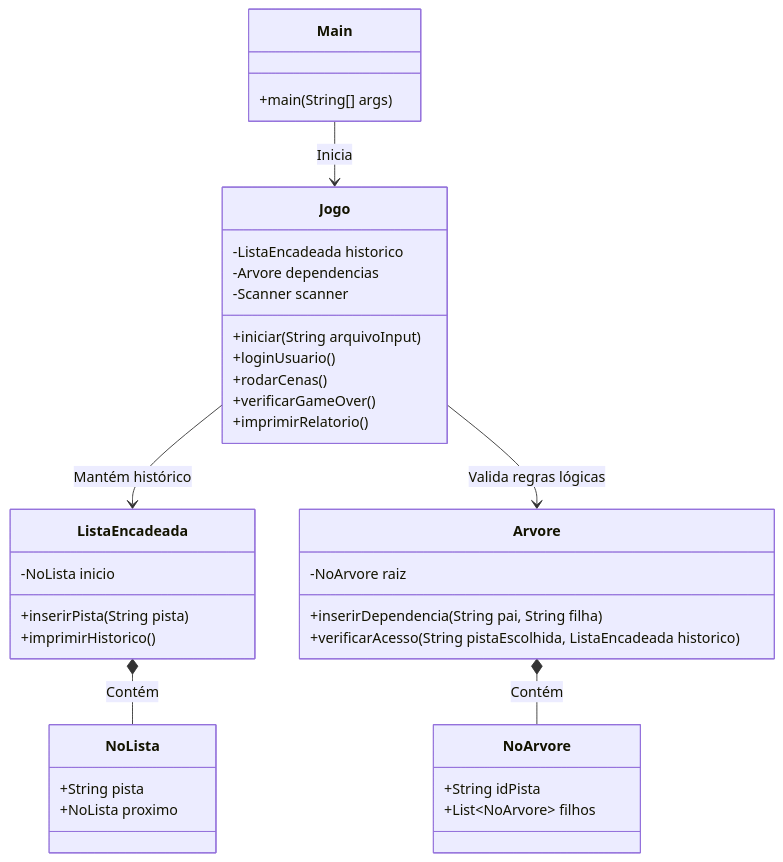
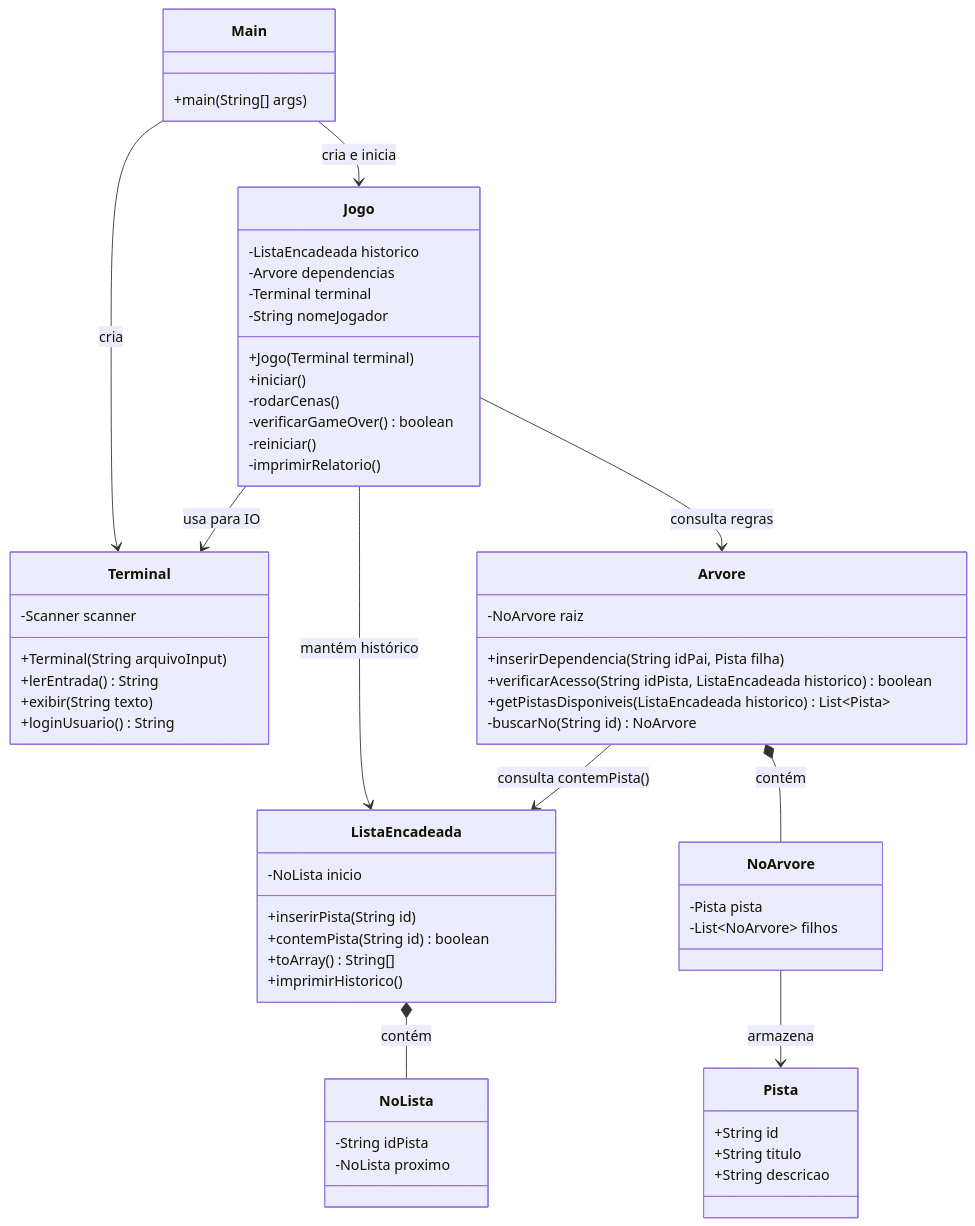
Before and after one commit to andretanuki/ProjetoEstruturaDados: the diagram in docs/Arquitetura_e_Tarefas.md, drawn with Mermaid. The commit also changed other lines of this file, not shown here.

Commit message:
docs: arquitetura final com correcoes, diagrama revisado e explicacoes para alunos

````diff
--- a/docs/Arquitetura_e_Tarefas.md
+++ b/docs/Arquitetura_e_Tarefas.md
@@ -11,45 +24,69 @@
 ```mermaid
 classDiagram
     class Main {
         +main(String[] args)
     }
 
+    class Terminal {
+        -Scanner scanner
+        +Terminal(String arquivoInput)
+        +lerEntrada() String
+        +exibir(String texto)
+        +loginUsuario() String
+    }
+
     class Jogo {
         -ListaEncadeada historico
         -Arvore dependencias
-        -Scanner scanner
-        +iniciar(String arquivoInput)
-        +loginUsuario()
-        +rodarCenas()
-        +verificarGameOver()
-        +imprimirRelatorio()
+        -Terminal terminal
+        -String nomeJogador
+        +Jogo(Terminal terminal)
+        +iniciar()
+        -rodarCenas()
+        -verificarGameOver() boolean
+        -reiniciar()
+        -imprimirRelatorio()
+    }
+
+    class Pista {
+        +String id
+        +String titulo
+        +String descricao
     }
 
     class ListaEncadeada {
         -NoLista inicio
-        +inserirPista(String pista)
+        +inserirPista(String id)
+        +contemPista(String id) boolean
+        +toArray() String[]
         +imprimirHistorico()
     }
 
     class NoLista {
-        +String pista
-        +NoLista proximo
+        -String idPista
+        -NoLista proximo
     }
 
     class Arvore {
         -NoArvore raiz
-        +inserirDependencia(String pai, String filha)
-        +verificarAcesso(String pistaEscolhida, ListaEncadeada historico)
+        +inserirDependencia(String idPai, Pista filha)
+        +verificarAcesso(String idPista, ListaEncadeada historico) boolean
+        +getPistasDisponiveis(ListaEncadeada historico) List~Pista~
+        -buscarNo(String id) NoArvore
     }
 
     class NoArvore {
-        +String idPista
-        +List~NoArvore~ filhos
+        -Pista pista
+        -List~NoArvore~ filhos
     }
 
-    Main --> Jogo : Inicia
-    Jogo --> ListaEncadeada : Mantém histórico
-    Jogo --> Arvore : Valida regras lógicas
-    ListaEncadeada *-- NoLista : Contém
-    Arvore *-- NoArvore : Contém
+    Main --> Terminal : cria
+    Main --> Jogo : cria e inicia
+    Jogo --> Terminal : usa para IO
+    Jogo --> ListaEncadeada : mantém histórico
+    Jogo --> Arvore : consulta regras
+    Arvore --> ListaEncadeada : consulta contemPista()
+    ListaEncadeada *-- NoLista : contém
+    Arvore *-- NoArvore : contém
+    NoArvore --> Pista : armazena
 ```
````
